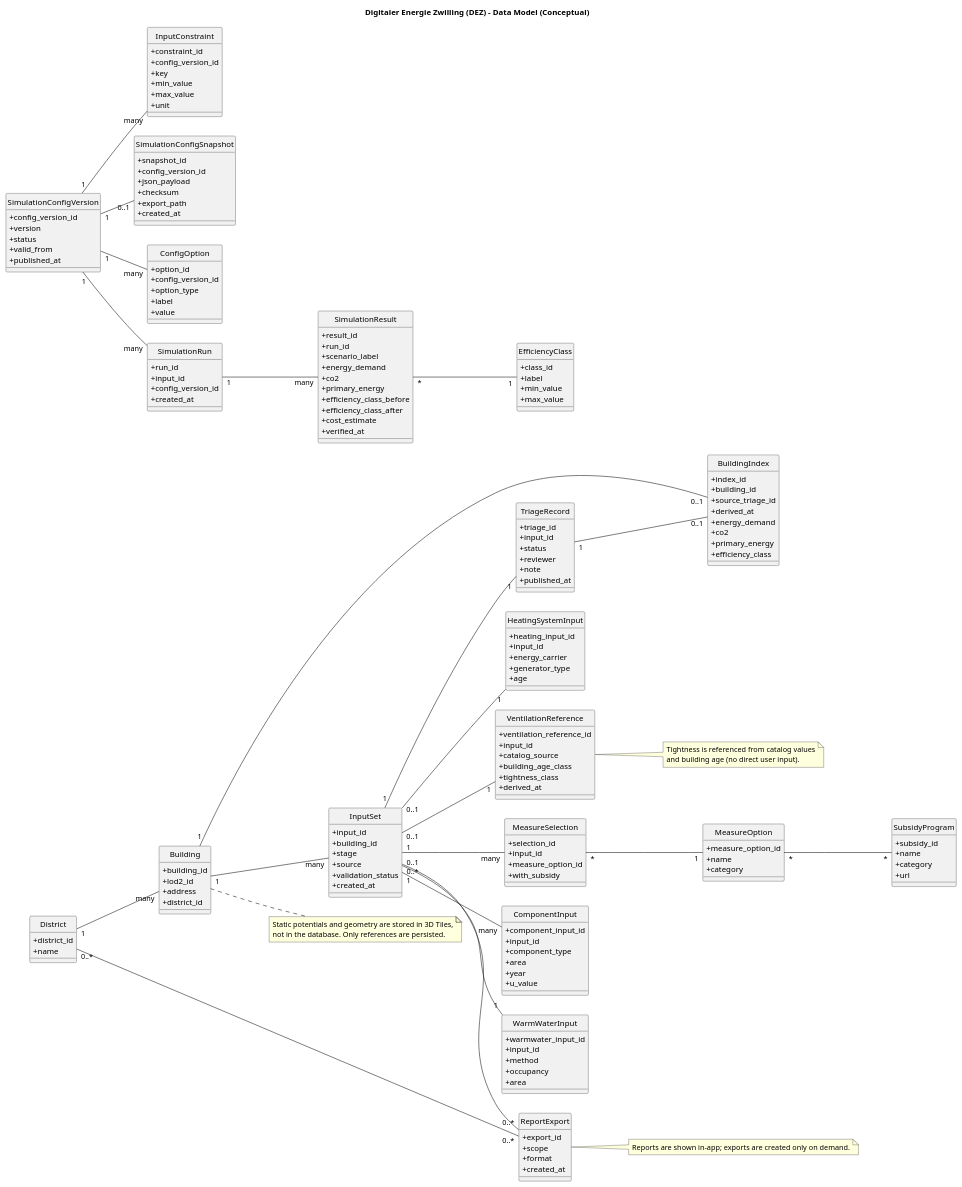
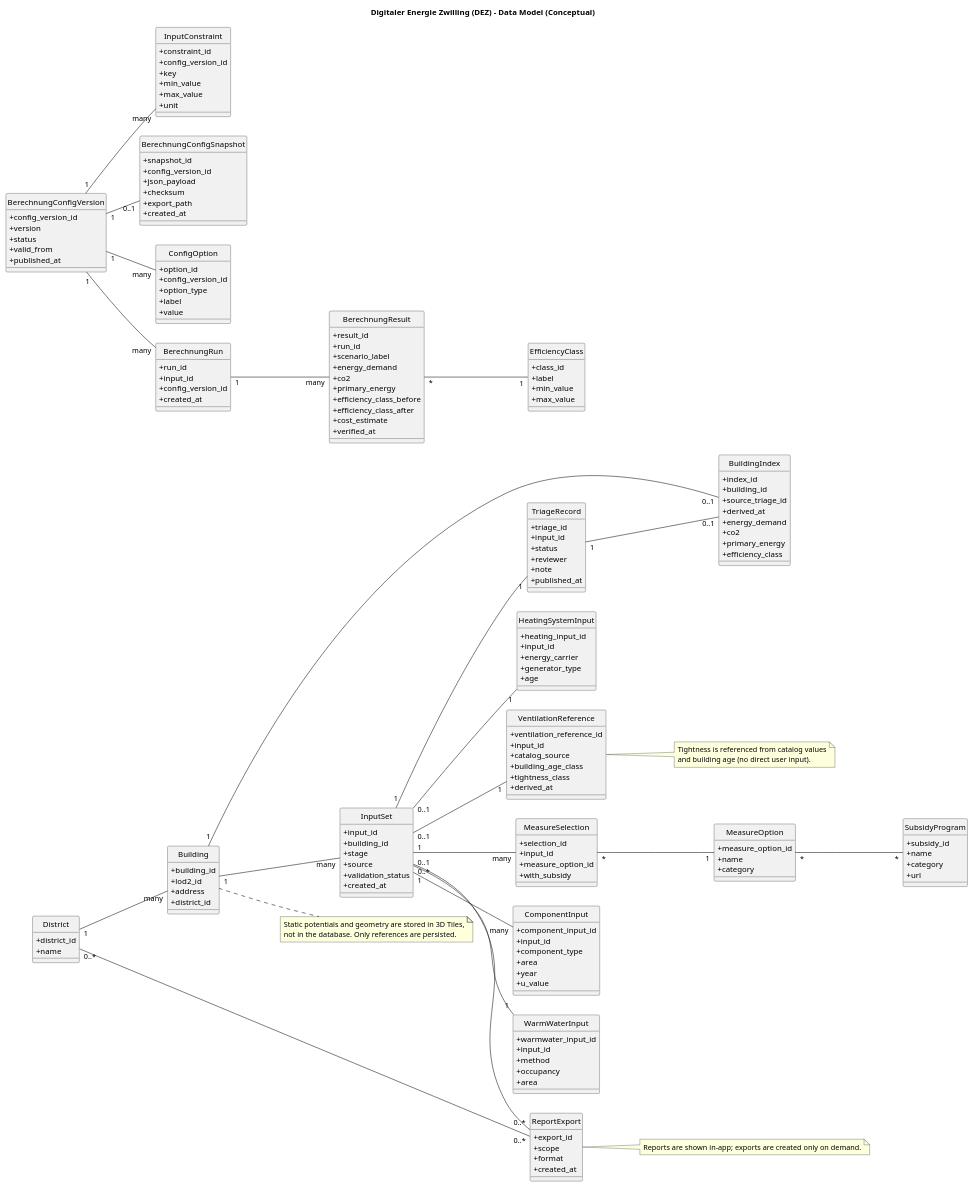
Before and after one commit to csi-FOXBYTE/Regensburg_DigitalerEnergieZwilling_Backend: the diagram in docs/architecture/raw/data-model.puml, drawn with PlantUML. The commit also changed other lines of this file and 36 other files, not shown here.

```diff
--- a/docs/architecture/raw/data-model.puml
+++ b/docs/architecture/raw/data-model.puml
@@ -80,7 +80,7 @@
   +url
 }
 
-class SimulationConfigVersion {
+class BerechnungConfigVersion {
   +config_version_id
   +version
   +status
@@ -97,7 +97,7 @@
   +unit
 }
 
-class SimulationConfigSnapshot {
+class BerechnungConfigSnapshot {
   +snapshot_id
   +config_version_id
   +json_payload
@@ -114,14 +114,14 @@
   +value
 }
 
-class SimulationRun {
+class BerechnungRun {
   +run_id
   +input_id
   +config_version_id
   +created_at
 }
 
-class SimulationResult {
+class BerechnungResult {
   +result_id
   +run_id
   +scenario_label
@@ -180,12 +180,12 @@
 MeasureSelection "*" -- "1" MeasureOption
 MeasureOption "*" -- "*" SubsidyProgram
 
-SimulationConfigVersion "1" -- "many" ConfigOption
-SimulationConfigVersion "1" -- "many" InputConstraint
-SimulationConfigVersion "1" -- "0..1" SimulationConfigSnapshot
-SimulationConfigVersion "1" -- "many" SimulationRun
-SimulationRun "1" -- "many" SimulationResult
-SimulationResult "*" -- "1" EfficiencyClass
+BerechnungConfigVersion "1" -- "many" ConfigOption
+BerechnungConfigVersion "1" -- "many" InputConstraint
+BerechnungConfigVersion "1" -- "0..1" BerechnungConfigSnapshot
+BerechnungConfigVersion "1" -- "many" BerechnungRun
+BerechnungRun "1" -- "many" BerechnungResult
+BerechnungResult "*" -- "1" EfficiencyClass
 
 InputSet "1" -- "1" TriageRecord
 TriageRecord "1" -- "0..1" BuildingIndex
```
